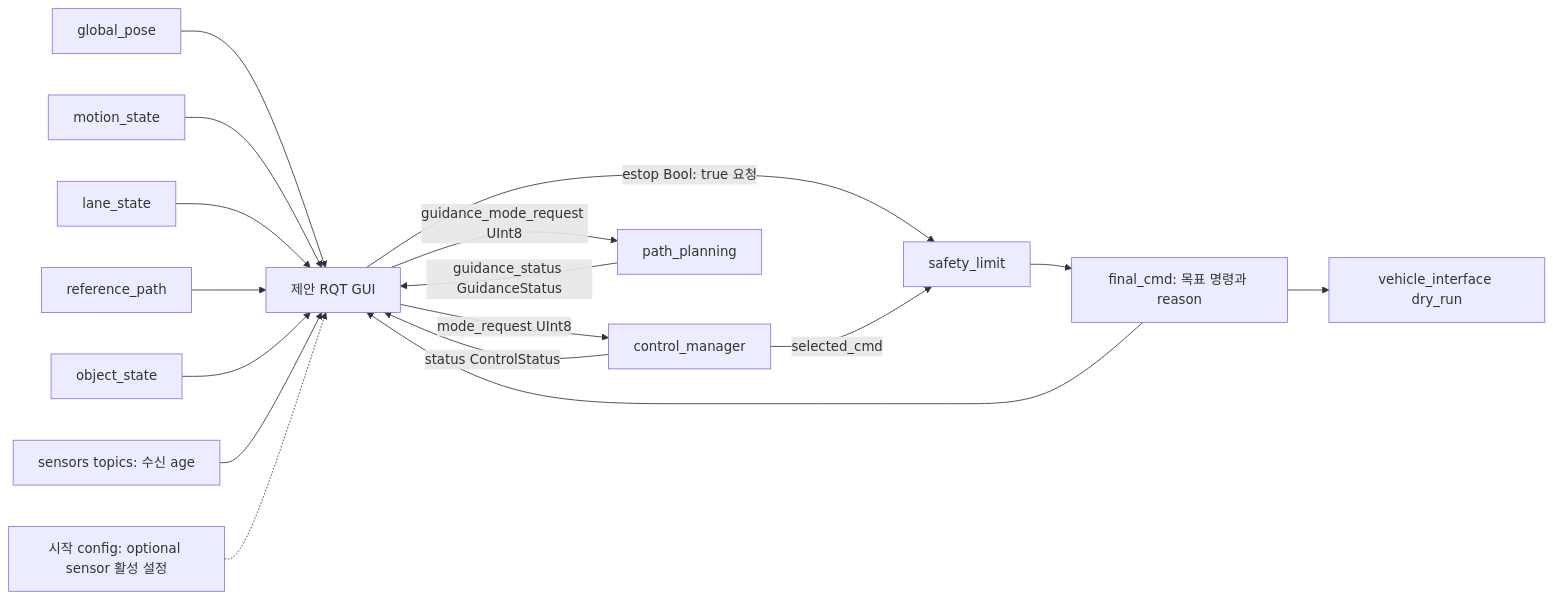
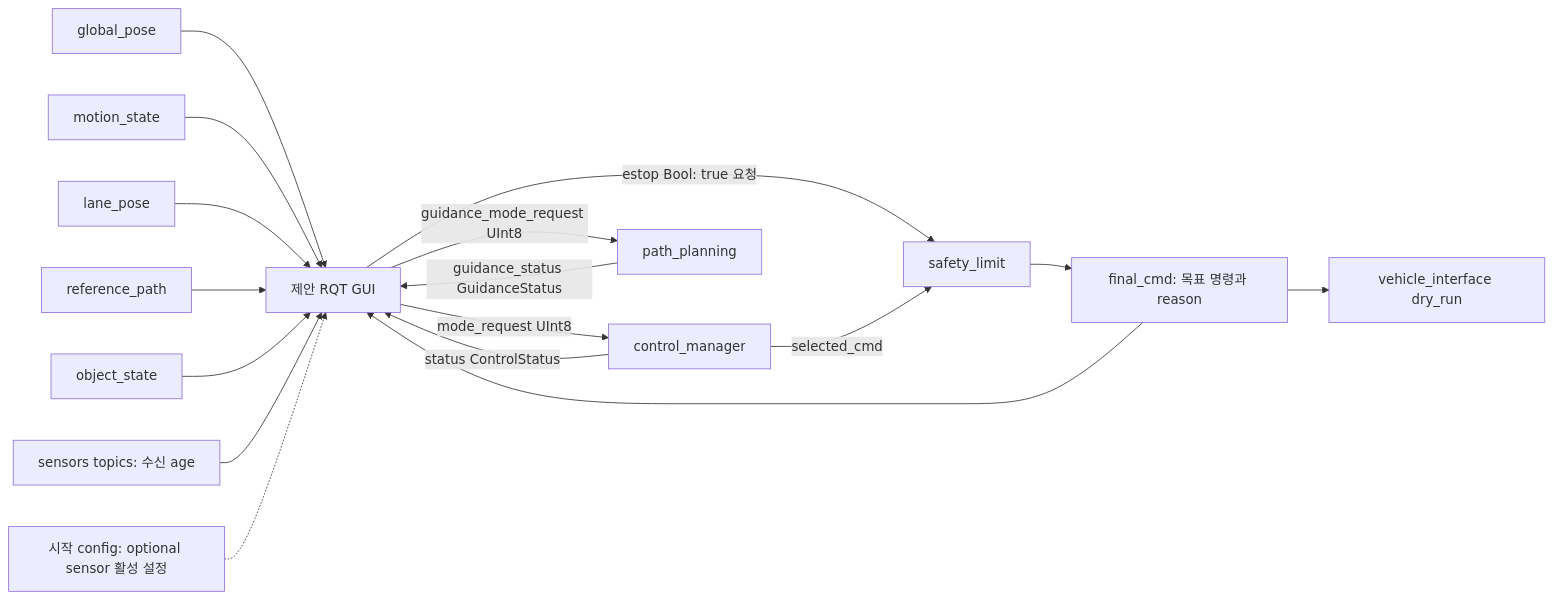
The fourth of 4 diagrams in doc/guidance_modes.md (planta223/control_manager), drawn with Mermaid before and after one commit. The commit also changed other lines of this file and 30 other files, not shown here.

````diff
--- a/doc/guidance_modes.md
+++ b/doc/guidance_modes.md
@@ -178,19 +186,19 @@
 ```mermaid
 flowchart LR
   UI[제안 RQT GUI] -->|mode_request UInt8| CM[control_manager]
   UI -->|guidance_mode_request UInt8| PP[path_planning]
   PP -->|guidance_status GuidanceStatus| UI
   CM -->|status ControlStatus| UI
   GP[global_pose] --> UI
   MS[motion_state] --> UI
-  LN[lane_state] --> UI
+  LN[lane_pose] --> UI
   RP[reference_path] --> UI
   OS[object_state] --> UI
   FC[final_cmd: 목표 명령과 reason] --> UI
   RX[sensors topics: 수신 age] --> UI
   CFG[시작 config: optional sensor 활성 설정] -.-> UI
   UI -->|estop Bool: true 요청| SL[safety_limit]
   CM -->|selected_cmd| SL
   SL --> FC
   FC --> VI[vehicle_interface dry_run]
 ```
````
